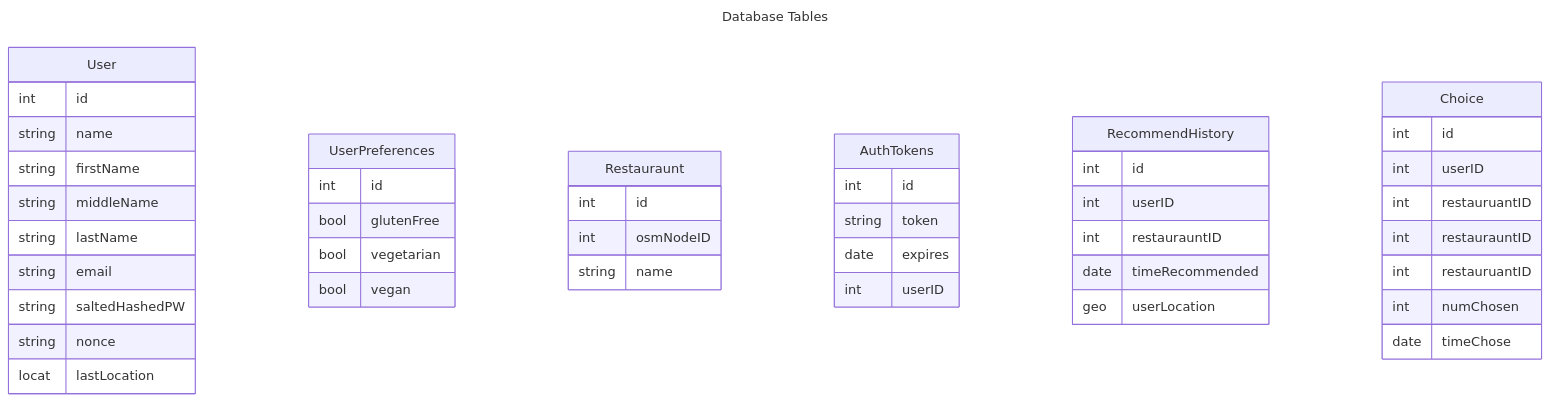
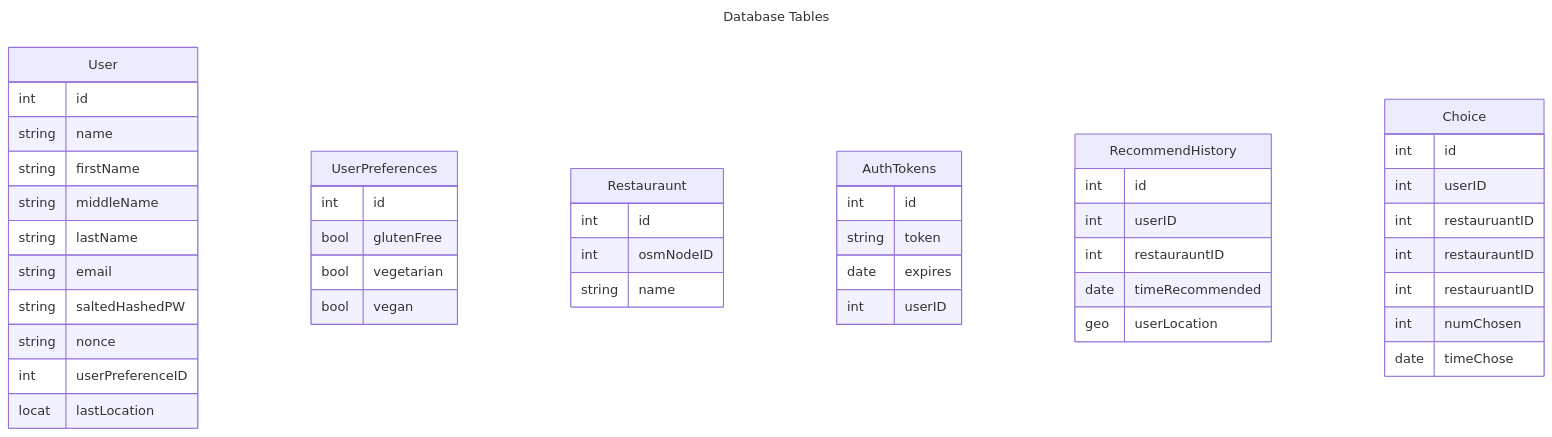
One commit to H6NG/FlavourFinder changed the diagram in backend/dbDocs/db_tables.md. Above: the diagram before and after it, drawn with Mermaid.

Commit message:
added userPreferences foreign key

````diff
--- a/backend/dbDocs/db_tables.md
+++ b/backend/dbDocs/db_tables.md
@@ -6,50 +6,51 @@
 ```mermaid
 ---
 title: Database Tables
 ---
 erDiagram
     User {
     	int		id
         string	name
 		string 	firstName
 		string	middleName
 		string	lastName
         string	email
         string	saltedHashedPW
         string  nonce
+		int		userPreferenceID
 		locat	lastLocation
     }
 	UserPreferences {
 		int id
 		bool	glutenFree
         bool	vegetarian
         bool	vegan
 	}
 	Restauraunt {
     	int 	id
 		int		osmNodeID
         string	name
     }
     AuthTokens {
     	int		id
         string	token
         date	expires
         int		userID
     }
 	RecommendHistory {
     	int		id
         int		userID
         int		restaurauntID
         date	timeRecommended
         geo		userLocation
     }
     Choice {
         int 	id
         int		userID
         int		restauruantID
         int		restaurauntID
         int		restauruantID
         int		numChosen
         date	timeChose
     }
 ```
````
